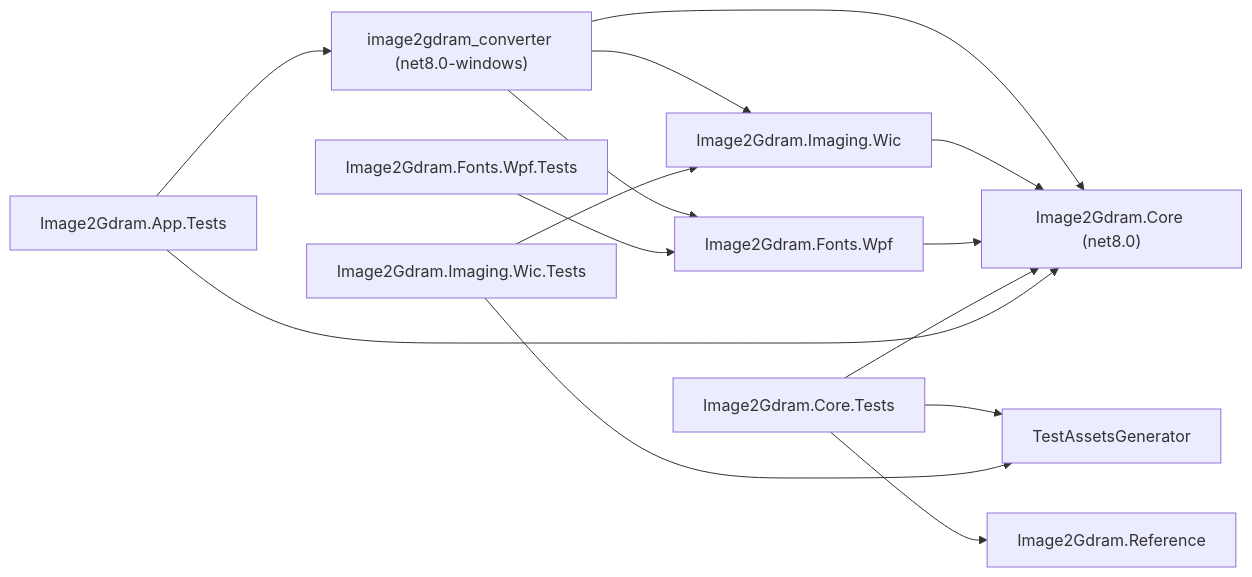
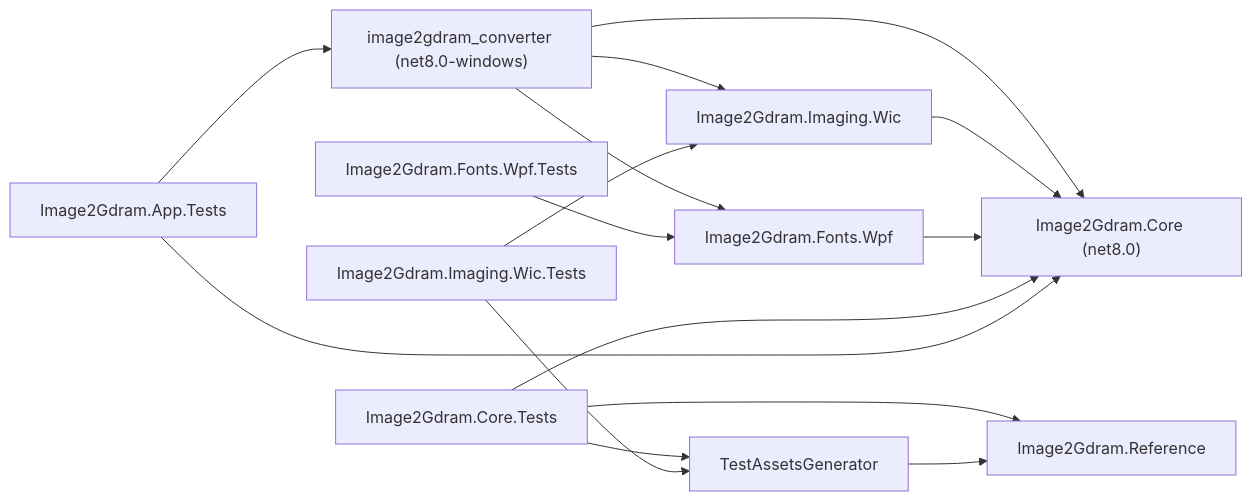
Before and after one commit to Gary11777/image2gdram_converter: the first of 3 diagrams in docs/architecture.md, drawn with Mermaid. The commit also changed other lines of this file and 215 other files, not shown here.

````diff
--- a/docs/architecture.md
+++ b/docs/architecture.md
@@ -53,16 +53,17 @@
 ```mermaid
 flowchart LR
     App["image2gdram_converter (net8.0-windows)"] --> Core["Image2Gdram.Core (net8.0)"]
     App --> Wic["Image2Gdram.Imaging.Wic"]
     Wic --> Core
     App --> FontsWpf["Image2Gdram.Fonts.Wpf"]
     FontsWpf --> Core
     FontsWpfTests["Image2Gdram.Fonts.Wpf.Tests"] --> FontsWpf
     CoreTests["Image2Gdram.Core.Tests"] --> Core
     CoreTests --> Ref["Image2Gdram.Reference"]
     CoreTests --> Tool["TestAssetsGenerator"]
+    Tool --> Ref
     WicTests["Image2Gdram.Imaging.Wic.Tests"] --> Wic
     WicTests --> Tool
     AppTests["Image2Gdram.App.Tests"] --> App
     AppTests --> Core
 ```
````
